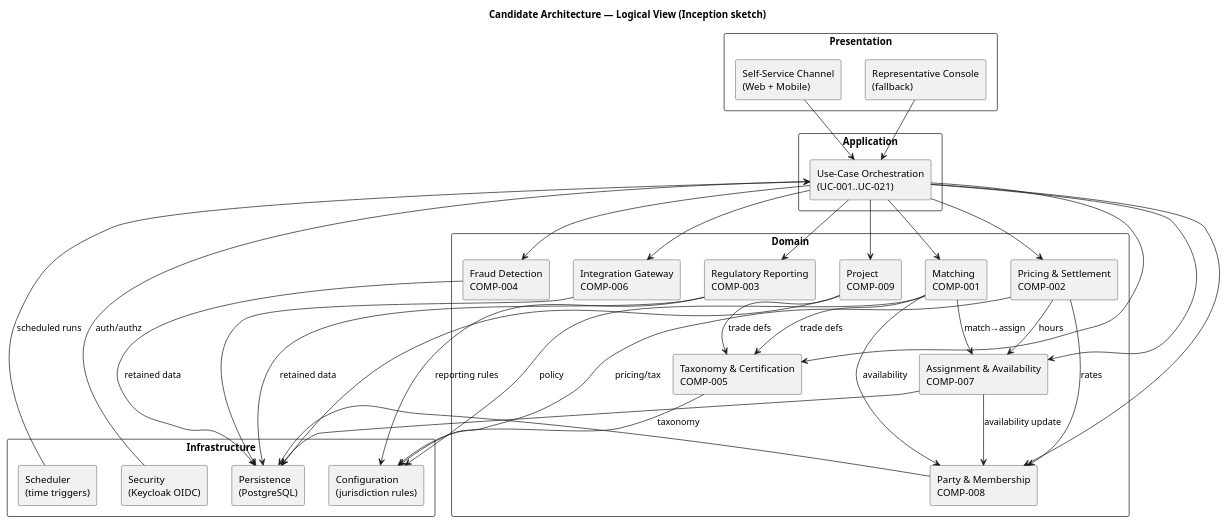
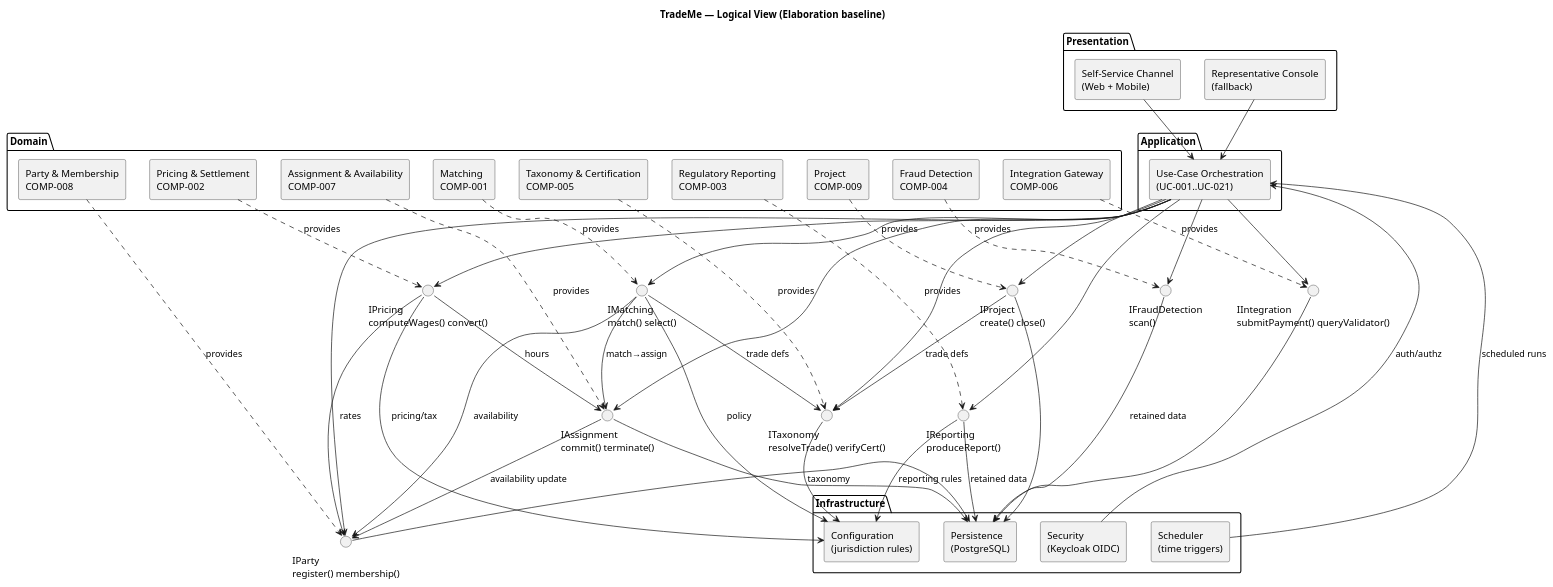
The first of 7 diagrams in docs/artifacts/analysis---design/software-architecture-document.md (banense-test/trademe), drawn with PlantUML before and after one commit. The commit also changed other lines of this file, not shown here.

First line of the commit message:
Software Architect [E1]: upsert Software Architecture Document

````diff
--- a/docs/artifacts/analysis---design/software-architecture-document.md
+++ b/docs/artifacts/analysis---design/software-architecture-document.md
@@ -52,8 +83,7 @@
 ```plantuml
 @startuml
 skinparam componentStyle rectangle
-skinparam packageStyle rectangle
-title Candidate Architecture — Logical View (Inception sketch)
+title TradeMe — Logical View (Elaboration baseline)
 
 package "Presentation" {
   component "Self-Service Channel\n(Web + Mobile)" as PRES_SS
@@ -83,37 +113,58 @@
   component "Security\n(Keycloak OIDC)" as I4
 }
 
+interface "IMatching\nmatch() select()" as IF1
+interface "IPricing\ncomputeWages() convert()" as IF2
+interface "IReporting\nproduceReport()" as IF3
+interface "IFraudDetection\nscan()" as IF4
+interface "ITaxonomy\nresolveTrade() verifyCert()" as IF5
+interface "IIntegration\nsubmitPayment() queryValidator()" as IF6
+interface "IAssignment\ncommit() terminate()" as IF7
+interface "IParty\nregister() membership()" as IF8
+interface "IProject\ncreate() close()" as IF9
+
+C1 ..> IF1 : provides
+C2 ..> IF2 : provides
+C3 ..> IF3 : provides
+C4 ..> IF4 : provides
+C5 ..> IF5 : provides
+C6 ..> IF6 : provides
+C7 ..> IF7 : provides
+C8 ..> IF8 : provides
+C9 ..> IF9 : provides
+
 PRES_SS --> APP
 PRES_REP --> APP
-APP --> C1
-APP --> C2
-APP --> C3
-APP --> C4
-APP --> C5
-APP --> C6
-APP --> C7
-APP --> C8
-APP --> C9
 
-C1 --> C7 : match→assign
-C1 --> C8 : availability
-C1 --> C5 : trade defs
-C2 --> C8 : rates
-C2 --> C7 : hours
-C7 --> C8 : availability update
-C9 --> C5 : trade defs
+APP --> IF1
+APP --> IF2
+APP --> IF3
+APP --> IF4
+APP --> IF5
+APP --> IF6
+APP --> IF7
+APP --> IF8
+APP --> IF9
 
-C1 --> I3 : policy
-C2 --> I3 : pricing/tax
-C3 --> I3 : reporting rules
-C5 --> I3 : taxonomy
+IF1 --> IF7 : match→assign
+IF1 --> IF8 : availability
+IF1 --> IF5 : trade defs
+IF2 --> IF8 : rates
+IF2 --> IF7 : hours
+IF7 --> IF8 : availability update
+IF9 --> IF5 : trade defs
 
-C3 --> I1 : retained data
-C4 --> I1 : retained data
-C6 --> I1
-C7 --> I1
-C8 --> I1
-C9 --> I1
+IF1 --> I3 : policy
+IF2 --> I3 : pricing/tax
+IF3 --> I3 : reporting rules
+IF5 --> I3 : taxonomy
+
+IF3 --> I1 : retained data
+IF4 --> I1 : retained data
+IF6 --> I1
+IF7 --> I1
+IF8 --> I1
+IF9 --> I1
 
 I2 --> APP : scheduled runs
 I4 --> APP : auth/authz
````
